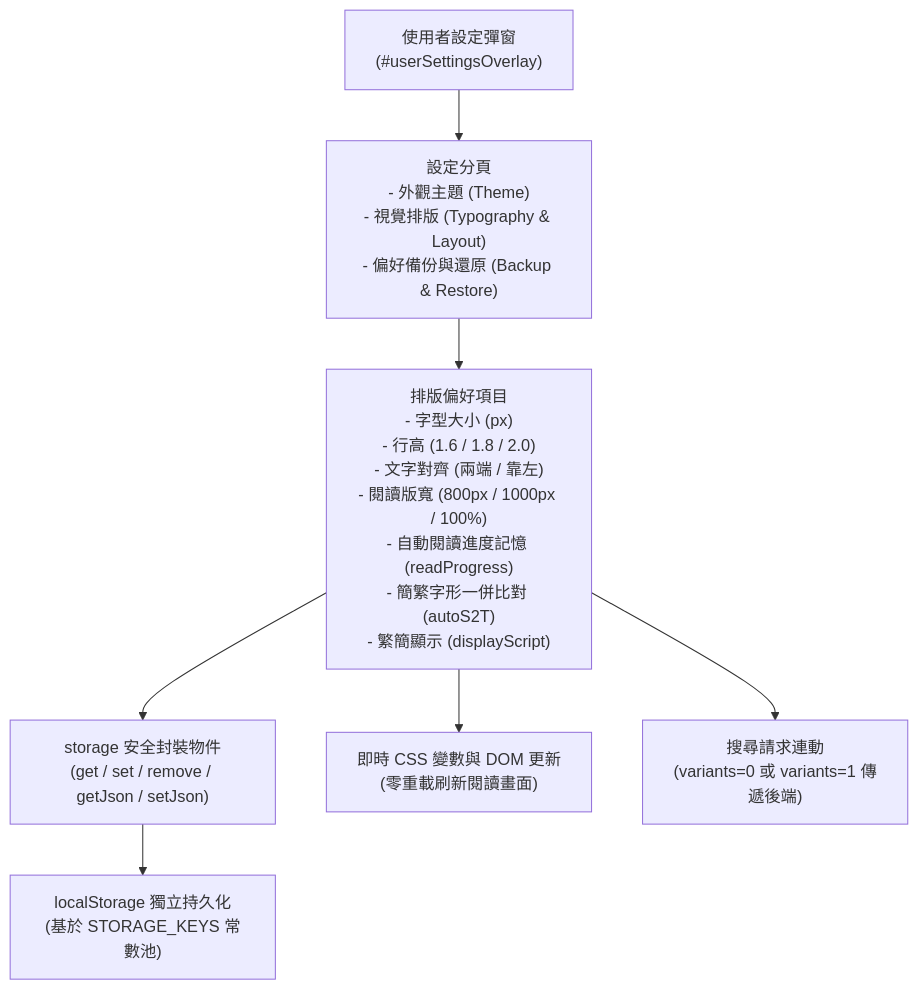
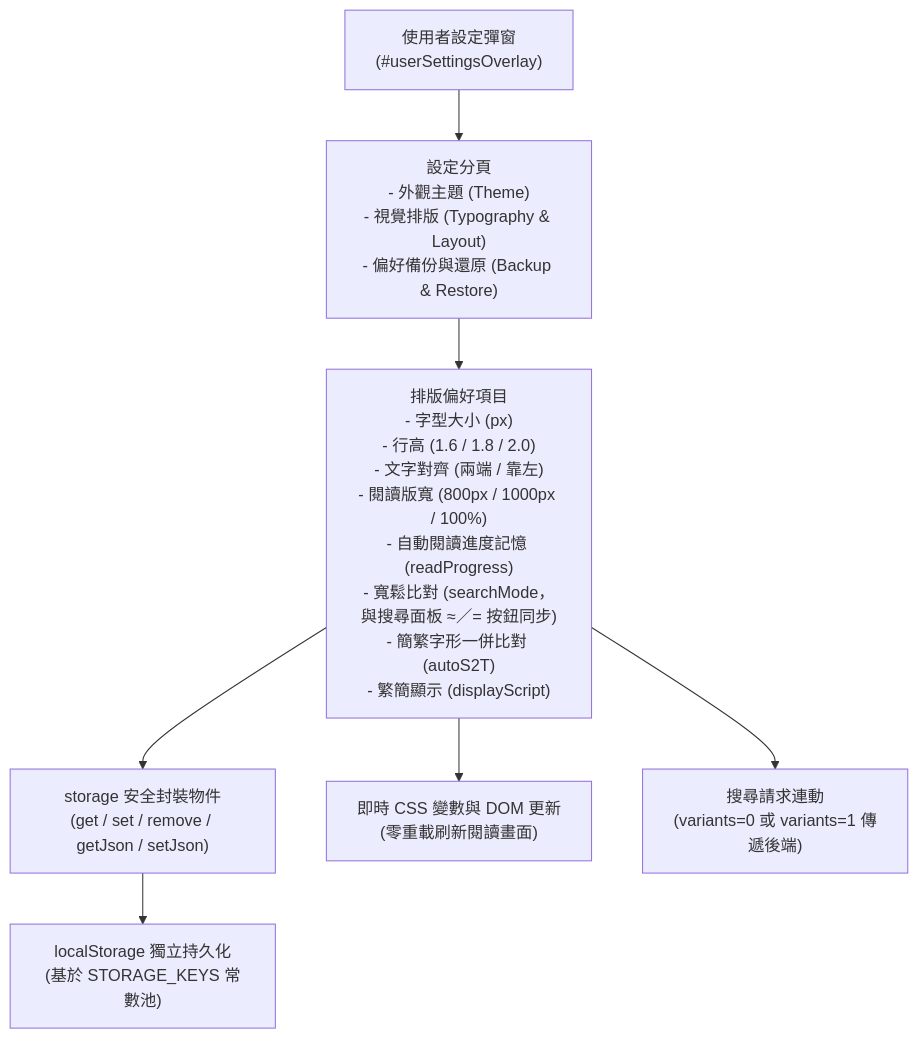
The tenth of 12 diagrams in ARCHITECTURE.md (jmedzen/mdWebview), drawn with Mermaid before and after one commit. The commit also changed other lines of this file and 9 other files, not shown here.

First line of the commit message:
feat(search): 偏好設定新增「寬鬆比對」開關，與搜尋面板 ≈／= 按鈕同步 (v3.11.2)

````diff
--- a/ARCHITECTURE.md
+++ b/ARCHITECTURE.md
@@ -489,9 +489,9 @@
 ```mermaid
 flowchart TD
     PrefUI["使用者設定彈窗\n(#userSettingsOverlay)"] --> Tabs["設定分頁\n- 外觀主題 (Theme)\n- 視覺排版 (Typography & Layout)\n- 偏好備份與還原 (Backup & Restore)"]
-    Tabs --> Settings["排版偏好項目\n- 字型大小 (px)\n- 行高 (1.6 / 1.8 / 2.0)\n- 文字對齊 (兩端 / 靠左)\n- 閱讀版寬 (800px / 1000px / 100%)\n- 自動閱讀進度記憶 (readProgress)\n- 簡繁字形一併比對 (autoS2T)\n- 繁簡顯示 (displayScript)"]
+    Tabs --> Settings["排版偏好項目\n- 字型大小 (px)\n- 行高 (1.6 / 1.8 / 2.0)\n- 文字對齊 (兩端 / 靠左)\n- 閱讀版寬 (800px / 1000px / 100%)\n- 自動閱讀進度記憶 (readProgress)\n- 寬鬆比對 (searchMode，與搜尋面板 ≈／= 按鈕同步)\n- 簡繁字形一併比對 (autoS2T)\n- 繁簡顯示 (displayScript)"]
     Settings --> StorageAPI["storage 安全封裝物件\n(get / set / remove / getJson / setJson)"]
     StorageAPI --> LocalStorage["localStorage 獨立持久化\n(基於 STORAGE_KEYS 常數池)"]
     Settings --> LiveApply["即時 CSS 變數與 DOM 更新\n(零重載刷新閱讀畫面)"]
     Settings --> S2TSearch["搜尋請求連動\n(variants=0 或 variants=1 傳遞後端)"]
 ```
````
